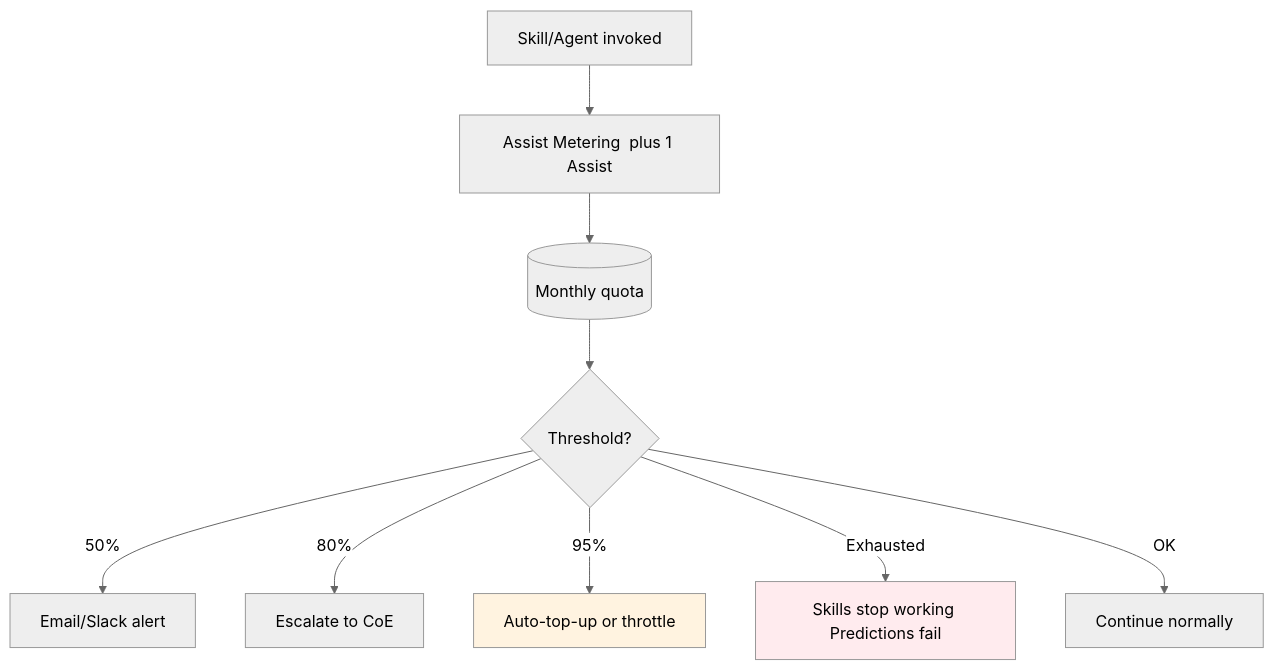
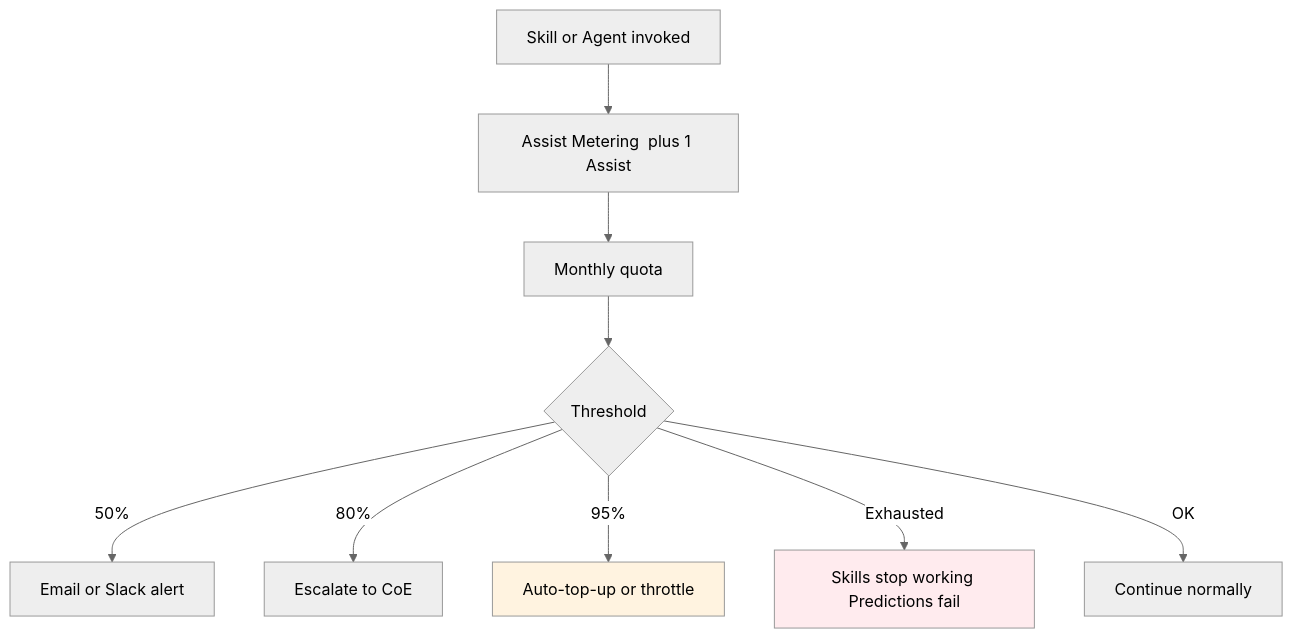
Before and after one commit to eltonaguiar/ServiceNow_Learning_TSOM-_CSM_FSM_SalesCRM_HAM_ITSM: the sixth of 6 diagrams in docs/modules/ai/ai-guide.md, drawn with Mermaid (neutral theme). The commit also changed other lines of this file and 19 other files, not shown here.

First line of the commit message:
Fix Mermaid diagram syntax errors - replace problematic chars in text content only

````diff
--- a/docs/modules/ai/ai-guide.md
+++ b/docs/modules/ai/ai-guide.md
@@ -1184,14 +1184,14 @@
 ```mermaid
 flowchart TD
-    Invoke[Skill/Agent invoked] --> Meter[Assist Metering  plus 1 Assist]
-    Meter --> Quota[(Monthly quota)]
-    Quota --> Check{Threshold?}
-    Check -->|50%| Alert1[Email/Slack alert]
+    Invoke[Skill or Agent invoked] --> Meter[Assist Metering  plus 1 Assist]
+    Meter --> Quota[Monthly quota]
+    Quota --> Check{Threshold}
+    Check -->|50%| Alert1[Email or Slack alert]
     Check -->|80%| Alert2[Escalate to CoE]
     Check -->|95%| Alert3[Auto-top-up or throttle]
     Check -->|Exhausted| Block[Skills stop working Predictions fail]
     Check -->|OK| Continue[Continue normally]
 
     style Block fill:#ffebee,color:#000
     style Alert3 fill:#fff3e0,color:#000
 ```
````
